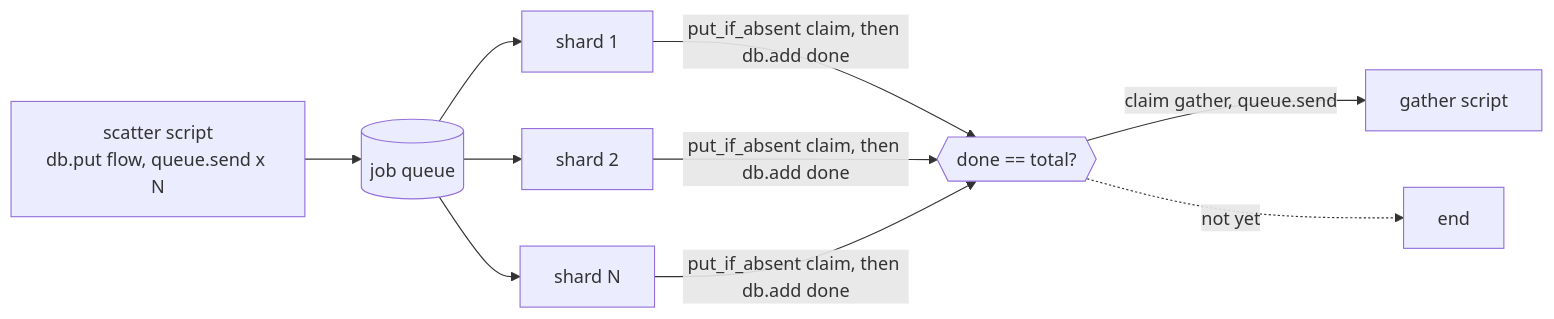
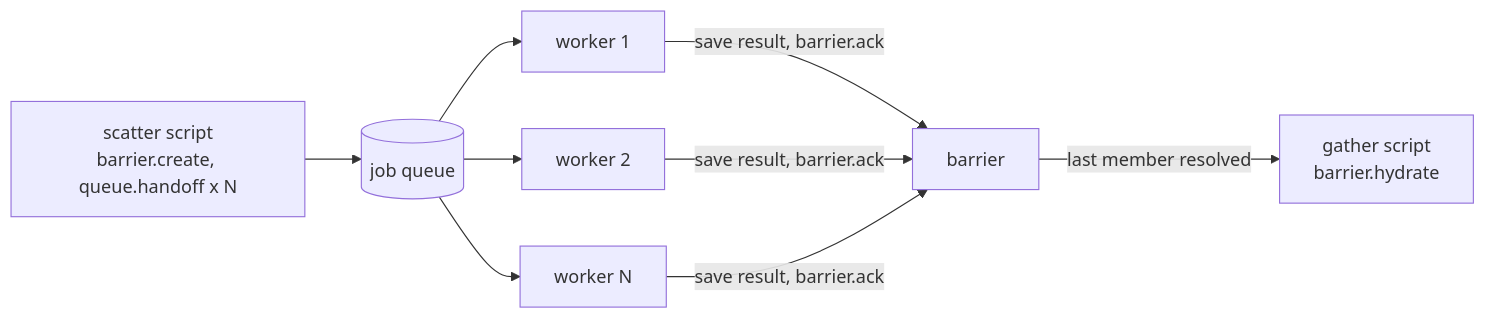
Diagram 15 of 15 in docs/patterns.md (vivainio/integraal), drawn with Mermaid before and after one commit. The commit also changed other lines of this file and 17 other files, not shown here.

Commit message:
Add durable queue handoffs and barrier recovery

````diff
--- a/docs/patterns.md
+++ b/docs/patterns.md
@@ -209,8 +178,7 @@
 ```mermaid
 flowchart LR
-    S["scatter script<br/>db.put flow, queue.send x N"] --> Q[(job queue)]
-    Q --> W1[shard 1] & W2[shard 2] & W3[shard N]
-    W1 & W2 & W3 -->|"put_if_absent claim, then db.add done"| C{{"done == total?"}}
-    C -->|"claim gather, queue.send"| G[gather script]
-    C -. not yet .-> X[end]
+    S["scatter script<br/>barrier.create, queue.handoff x N"] --> Q[(job queue)]
+    Q --> W1[worker 1] & W2[worker 2] & W3[worker N]
+    W1 & W2 & W3 -->|"save result, barrier.ack"| B[barrier]
+    B -->|"last member resolved"| G["gather script<br/>barrier.hydrate"]
 ```
````
